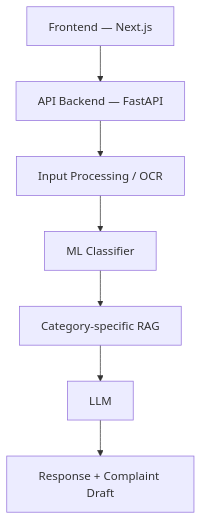
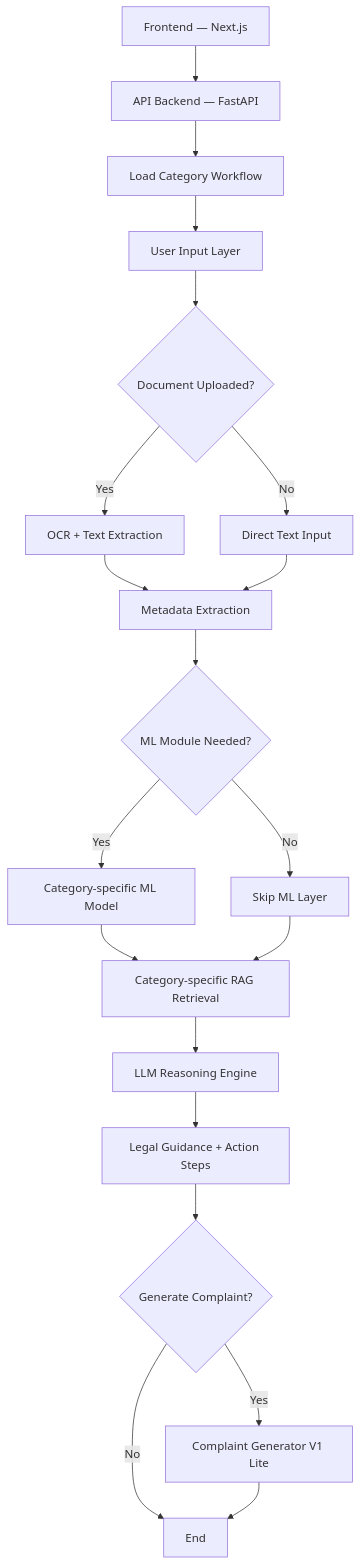
Before and after one commit to SudhanshuBiswas01/Justice-AI: the eighth of 8 diagrams in README.md, drawn with Mermaid. The commit also changed other lines of this file, not shown here.

First line of the commit message:
docs: align HLD Mermaid diagrams with author flowchart

````diff
--- a/README.md
+++ b/README.md
@@ -191,9 +257,22 @@
 ```mermaid
 flowchart TB
     FE[Frontend — Next.js] --> API[API Backend — FastAPI]
-    API --> OCR[Input Processing / OCR]
-    OCR --> ML[ML Classifier]
-    ML --> RAG[Category-specific RAG]
-    RAG --> LLM[LLM]
-    LLM --> OUT[Response + Complaint Draft]
+    API --> WF[Load Category Workflow]
+    WF --> IN[User Input Layer]
+    IN --> DOC{Document Uploaded?}
+    DOC -->|Yes| OCR[OCR + Text Extraction]
+    DOC -->|No| TXT[Direct Text Input]
+    OCR --> META[Metadata Extraction]
+    TXT --> META
+    META --> MLQ{ML Module Needed?}
+    MLQ -->|Yes| ML[Category-specific ML Model]
+    MLQ -->|No| SKIP[Skip ML Layer]
+    ML --> RAG[Category-specific RAG Retrieval]
+    SKIP --> RAG
+    RAG --> LLM[LLM Reasoning Engine]
+    LLM --> OUT[Legal Guidance + Action Steps]
+    OUT --> CG{Generate Complaint?}
+    CG -->|Yes| CMP[Complaint Generator V1 Lite]
+    CG -->|No| END[End]
+    CMP --> END
 ```
````
